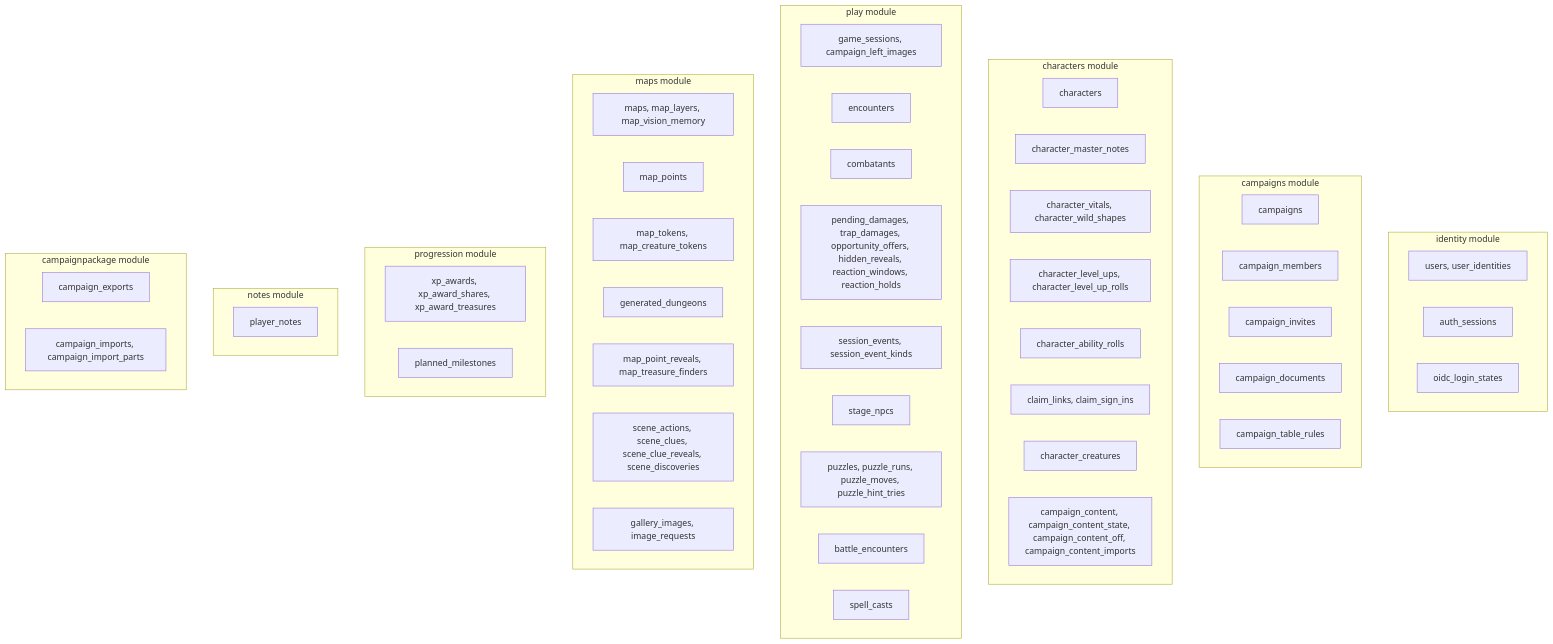
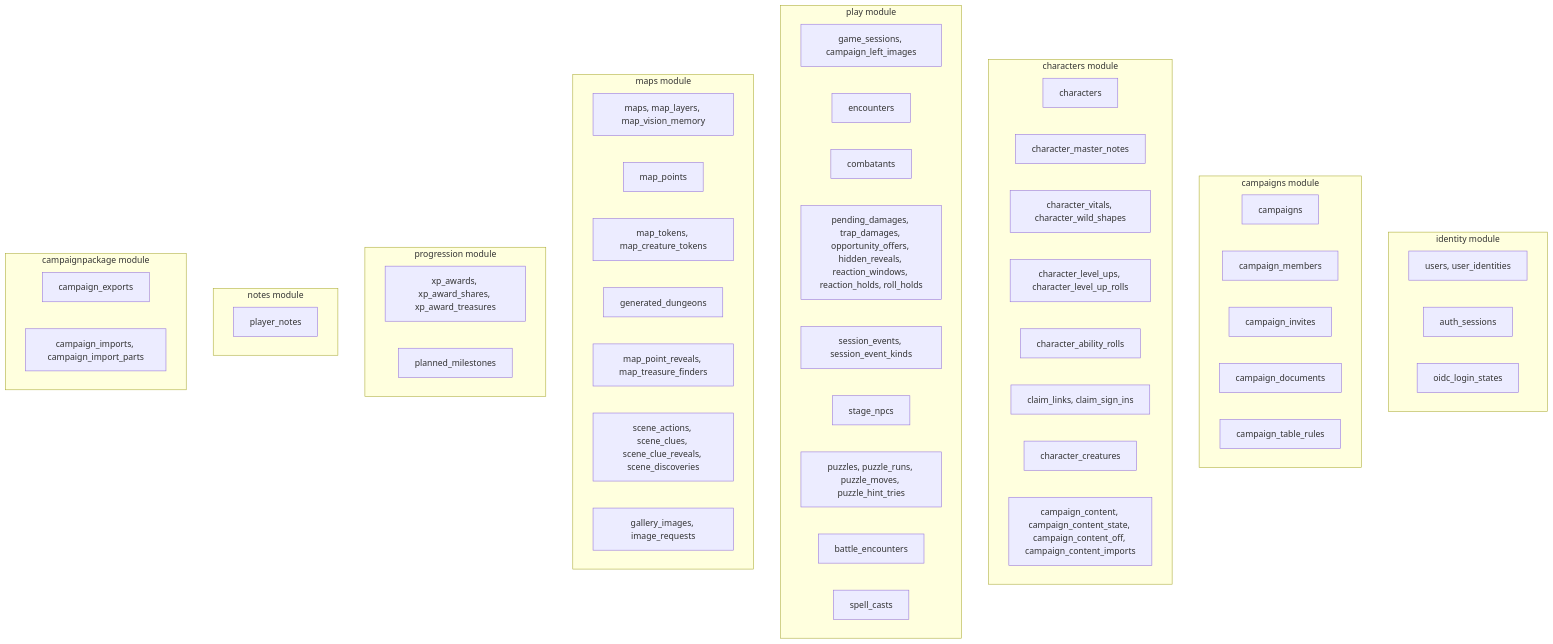
One commit to PuraFome/meuRPG changed the first of 7 diagrams in docs/data.md. Above: the diagram before and after it, drawn with Mermaid. The commit also changed other lines of this file and 174 other files, not shown here.

````diff
--- a/docs/data.md
+++ b/docs/data.md
@@ -29,63 +29,63 @@
 ```mermaid
 flowchart TD
     subgraph identity["identity module"]
         t_users["users, user_identities"]
         t_auth_sessions["auth_sessions"]
         t_oidc_login_states["oidc_login_states"]
     end
 
     subgraph campaigns_mod["campaigns module"]
         t_campaigns["campaigns"]
         t_campaign_members["campaign_members"]
         t_campaign_invites["campaign_invites"]
         t_campaign_documents["campaign_documents"]
         t_campaign_table_rules["campaign_table_rules"]
     end
 
     subgraph characters_mod["characters module"]
         t_characters["characters"]
         t_character_master_notes["character_master_notes"]
         t_character_vitals["character_vitals, character_wild_shapes"]
         t_character_level_ups["character_level_ups, character_level_up_rolls"]
         t_character_ability_rolls["character_ability_rolls"]
         t_claim_links["claim_links, claim_sign_ins"]
         t_character_creatures["character_creatures"]
         t_campaign_content["campaign_content, campaign_content_state, campaign_content_off, campaign_content_imports"]
     end
 
     subgraph play["play module"]
         t_game_sessions["game_sessions, campaign_left_images"]
         t_encounters["encounters"]
         t_combatants["combatants"]
-        t_damage["pending_damages, trap_damages, opportunity_offers, hidden_reveals, reaction_windows, reaction_holds"]
+        t_damage["pending_damages, trap_damages, opportunity_offers, hidden_reveals, reaction_windows, reaction_holds, roll_holds"]
         t_session_events["session_events, session_event_kinds"]
         t_stage_npcs["stage_npcs"]
         t_puzzles["puzzles, puzzle_runs, puzzle_moves, puzzle_hint_tries"]
         t_battle_encounters["battle_encounters"]
         t_spell_casts["spell_casts"]
     end
 
     subgraph maps_mod["maps module"]
         t_maps["maps, map_layers, map_vision_memory"]
         t_map_points["map_points"]
         t_map_tokens["map_tokens, map_creature_tokens"]
         t_generated_dungeons["generated_dungeons"]
         t_map_point_reveals["map_point_reveals, map_treasure_finders"]
         t_scene["scene_actions, scene_clues, scene_clue_reveals, scene_discoveries"]
         t_gallery_images["gallery_images, image_requests"]
     end
 
     subgraph progression["progression module"]
         t_xp_awards["xp_awards, xp_award_shares, xp_award_treasures"]
         t_planned_milestones["planned_milestones"]
     end
 
     subgraph notes_mod["notes module"]
         t_player_notes["player_notes"]
     end
 
     subgraph package_mod["campaignpackage module"]
         t_exports["campaign_exports"]
         t_imports["campaign_imports, campaign_import_parts"]
     end
 ```
````
